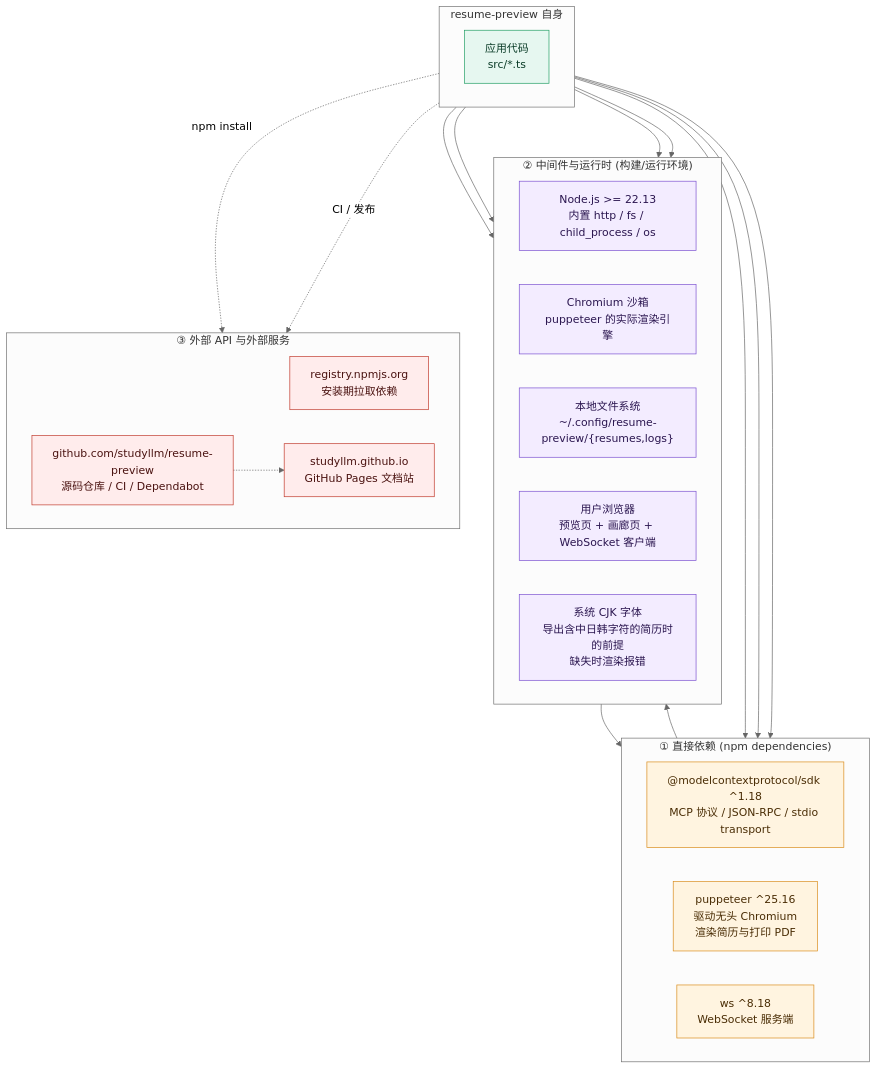
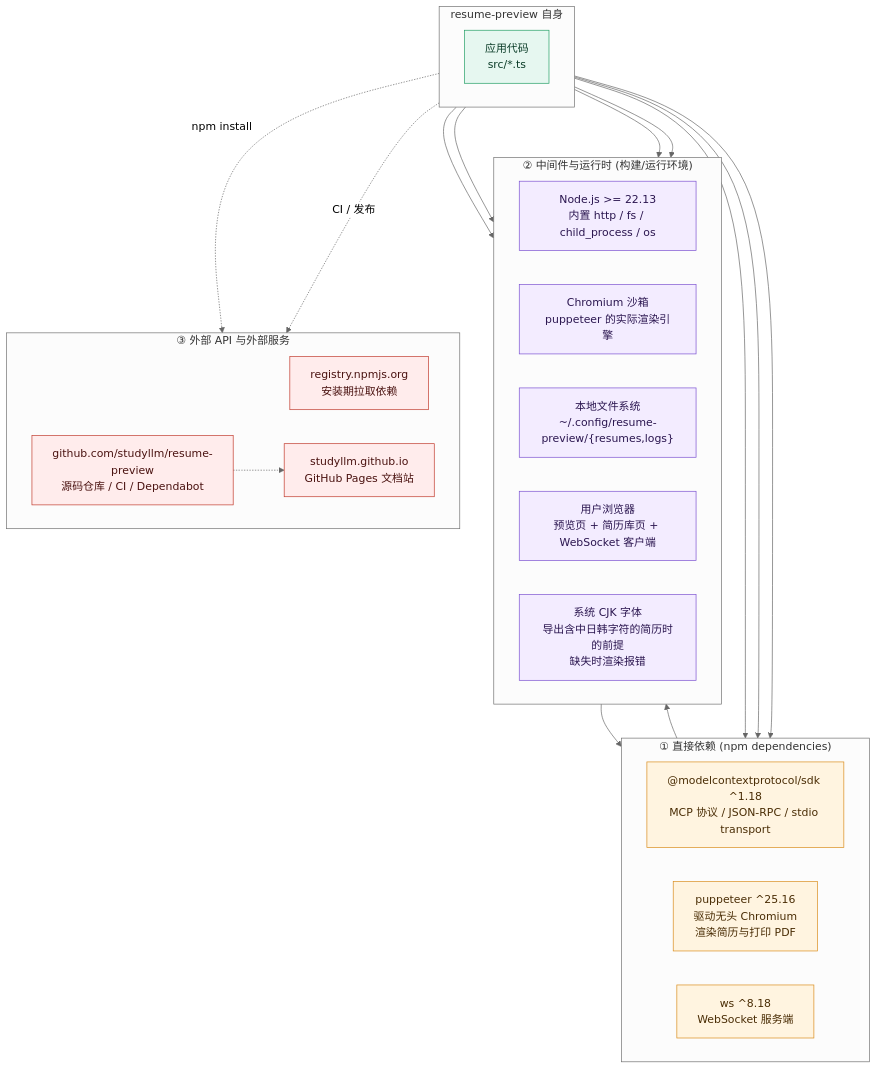
Before and after one commit to studyllm/resume-preview: the diagram in docs/diagrams/external-deps.mmd, drawn with Mermaid (neutral theme). The commit also changed 24 other files, not shown here.

```diff
--- a/docs/diagrams/external-deps.mmd
+++ b/docs/diagrams/external-deps.mmd
@@ -1,53 +1,53 @@
 flowchart TB
   subgraph APP["resume-preview 自身"]
     direction LR
     CORE["应用代码<br/>src/*.ts"]
   end
 
   subgraph CAT1["① 直接依赖 (npm dependencies)"]
     direction LR
     SDK["@modelcontextprotocol/sdk ^1.18<br/>MCP 协议 / JSON-RPC / stdio transport"]
     PUPPETEER["puppeteer ^25.16<br/>驱动无头 Chromium<br/>渲染简历与打印 PDF"]
     WS["ws ^8.18<br/>WebSocket 服务端"]
   end
 
   subgraph CAT2["② 中间件与运行时 (构建/运行环境)"]
     direction LR
     NODE["Node.js >= 22.13<br/>内置 http / fs / child_process / os"]
     CHROME["Chromium 沙箱<br/>puppeteer 的实际渲染引擎"]
     FS["本地文件系统<br/>~/.config/resume-preview/{resumes,logs}"]
-    BROWSER["用户浏览器<br/>预览页 + 画廊页 + WebSocket 客户端"]
+    BROWSER["用户浏览器<br/>预览页 + 简历库页 + WebSocket 客户端"]
     CJK["系统 CJK 字体<br/>导出含中日韩字符的简历时的前提<br/>缺失时渲染报错"]
   end
 
   subgraph CAT3["③ 外部 API 与外部服务"]
     direction LR
     NPMREG["registry.npmjs.org<br/>安装期拉取依赖"]
     GITHUB["github.com/studyllm/resume-preview<br/>源码仓库 / CI / Dependabot"]
     GHPAGES["studyllm.github.io<br/>GitHub Pages 文档站"]
   end
 
   CORE --> SDK
   CORE --> PUPPETEER
   CORE --> WS
 
   PUPPETEER --> CHROME
   CORE --> NODE
   CORE --> FS
   CORE --> BROWSER
   CORE --> CJK
   BROWSER --> WS
 
   CORE -. "npm install" .-> NPMREG
   CORE -. "CI / 发布" .-> GITHUB
   GITHUB -.-> GHPAGES
 
   classDef self fill:#e6f7f0,stroke:#1f9d63,color:#0b3d28
   classDef dep fill:#fff4e0,stroke:#d98b1a,color:#4a2d05
   classDef mw fill:#f3ecff,stroke:#7a4fd1,color:#2b1650
   classDef ext fill:#ffecec,stroke:#c0392b,color:#4a1210
 
   class CORE self
   class SDK,PUPPETEER,WS dep
   class NODE,CHROME,FS,BROWSER,CJK mw
   class NPMREG,GITHUB,GHPAGES ext
```
